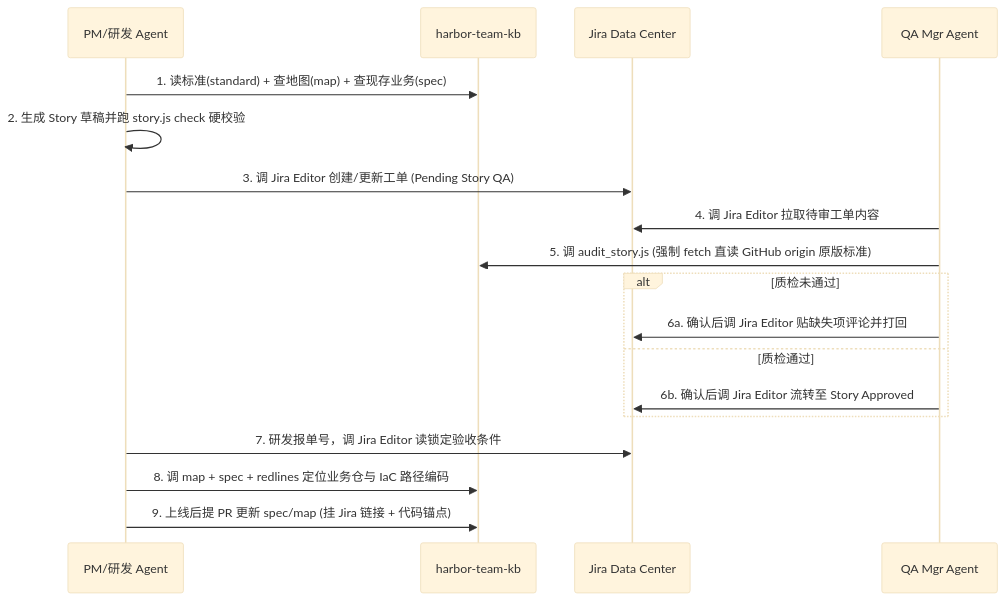
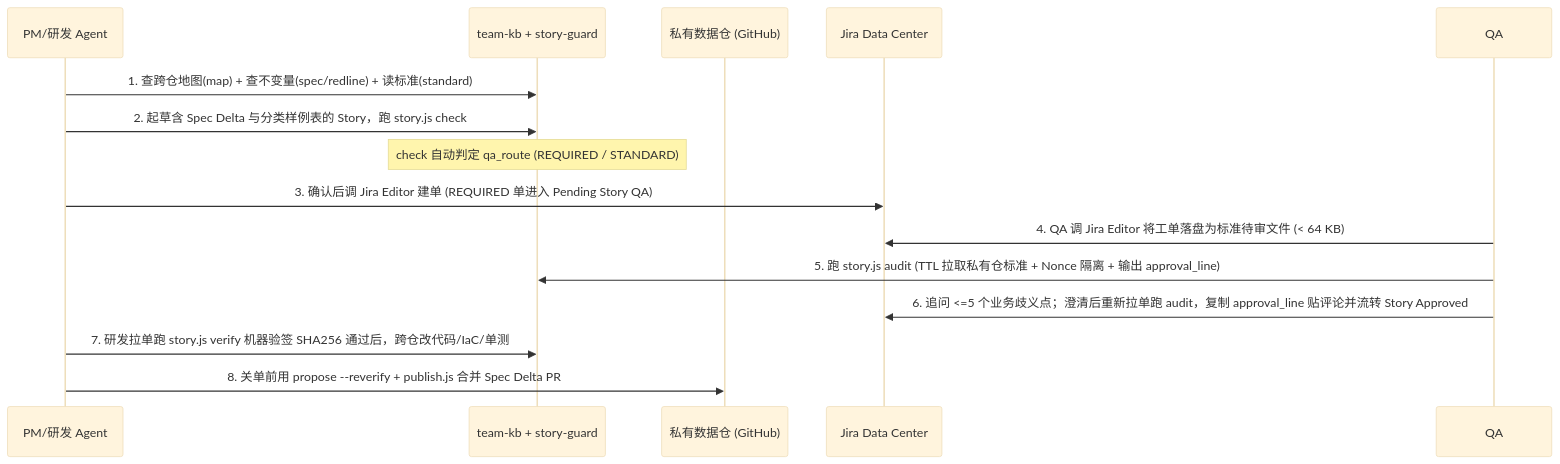
Before and after one commit to ileoliao/agent-repo: the diagram in harbor-team-kb/SPEC_V3.md, drawn with Mermaid (base theme). The commit also changed other lines of this file and 1 other file, not shown here.

First line of the commit message:
harbor-team-kb: redesign v3 spec around first principles & dual-repo governance

````diff
--- a/harbor-team-kb/SPEC_V3.md
+++ b/harbor-team-kb/SPEC_V3.md
@@ -40,21 +64,17 @@
 ```mermaid
 sequenceDiagram
-    participant PM as PM/研发 Agent
-    participant KB as harbor-team-kb
+    participant Dev as PM/研发 Agent
+    participant KB as team-kb + story-guard
+    participant Data as 私有数据仓 (GitHub)
     participant Jira as Jira Data Center
-    participant QA as QA Mgr Agent
 
-    PM->>KB: 1. 读标准(standard) + 查地图(map) + 查现存业务(spec)
-    PM->>PM: 2. 生成 Story 草稿并跑 story.js check 硬校验
-    PM->>Jira: 3. 调 Jira Editor 创建/更新工单 (Pending Story QA)
-    QA->>Jira: 4. 调 Jira Editor 拉取待审工单内容
-    QA->>KB: 5. 调 audit_story.js (强制 fetch 直读 GitHub origin 原版标准)
-    alt 质检未通过
-        QA->>Jira: 6a. 确认后调 Jira Editor 贴缺失项评论并打回
-    else 质检通过
-        QA->>Jira: 6b. 确认后调 Jira Editor 流转至 Story Approved
-    end
-    PM->>Jira: 7. 研发报单号，调 Jira Editor 读锁定验收条件
-    PM->>KB: 8. 调 map + spec + redlines 定位业务仓与 IaC 路径编码
-    PM->>KB: 9. 上线后提 PR 更新 spec/map (挂 Jira 链接 + 代码锚点)
+    Dev->>KB: 1. 查跨仓地图(map) + 查不变量(spec/redline) + 读标准(standard)
+    Dev->>KB: 2. 起草含 Spec Delta 与分类样例表的 Story，跑 story.js check
+    Note over KB: check 自动判定 qa_route (REQUIRED / STANDARD)
+    Dev->>Jira: 3. 确认后调 Jira Editor 建单 (REQUIRED 单进入 Pending Story QA)
+    QA->>Jira: 4. QA 调 Jira Editor 将工单落盘为标准待审文件 (< 64 KB)
+    QA->>KB: 5. 跑 story.js audit (TTL 拉取私有仓标准 + Nonce 隔离 + 输出 approval_line)
+    QA->>Jira: 6. 追问 <=5 个业务歧义点；澄清后重新拉单跑 audit，复制 approval_line 贴评论并流转 Story Approved
+    Dev->>KB: 7. 研发拉单跑 story.js verify 机器验签 SHA256 通过后，跨仓改代码/IaC/单测
+    Dev->>Data: 8. 关单前用 propose --reverify + publish.js 合并 Spec Delta PR
 ```
````
